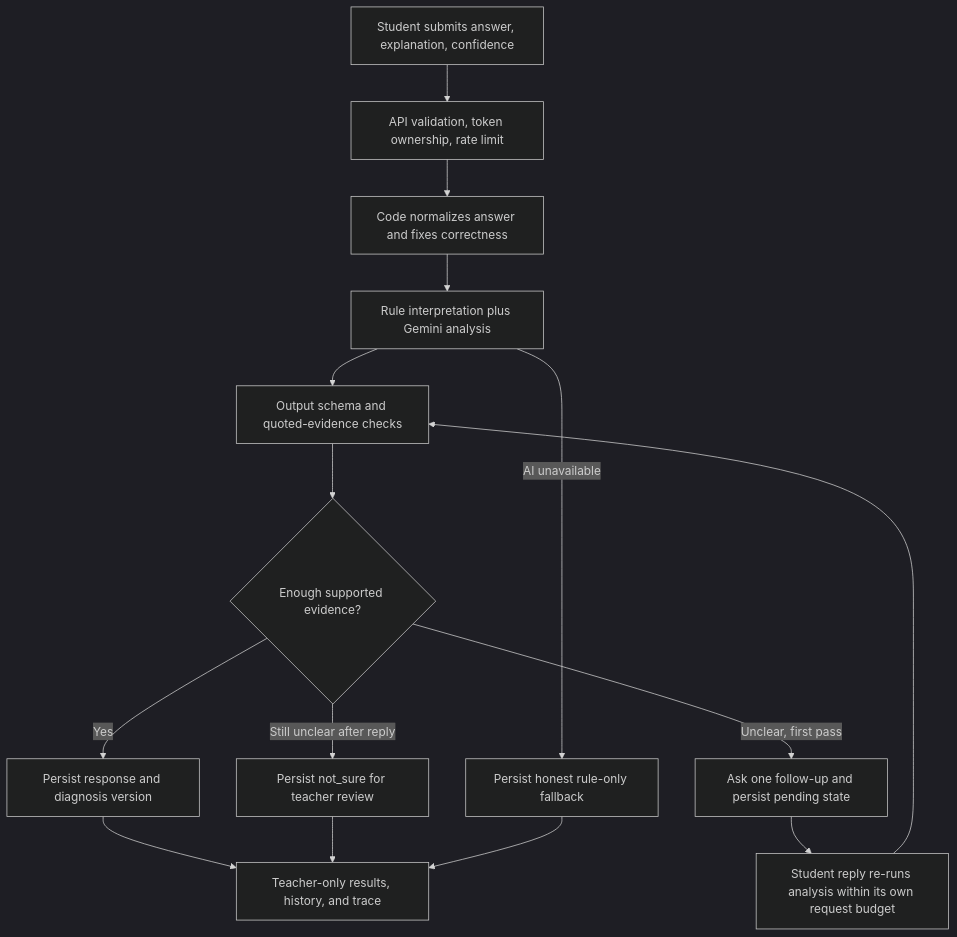
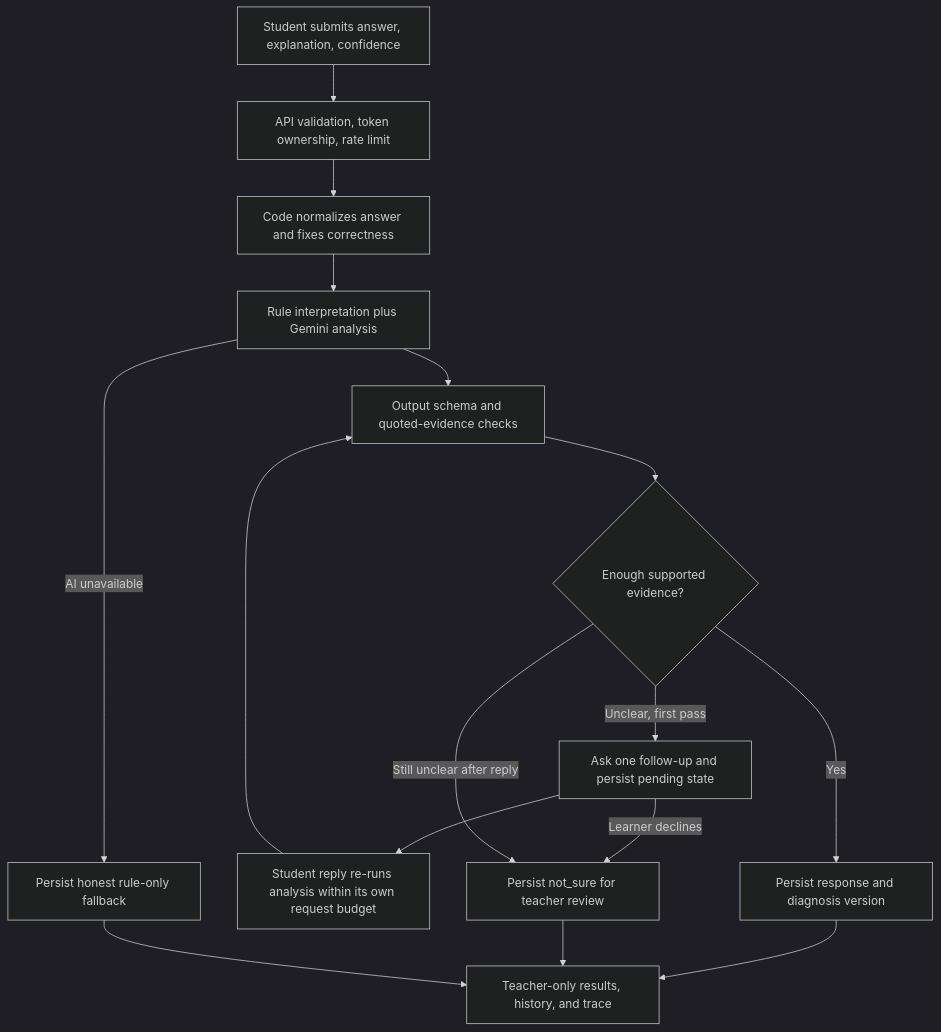
Before and after one commit to madhavthesiya/Team-MMS: the diagram in docs/architecture.md, drawn with Mermaid (dark theme). The commit also changed other lines of this file and 28 other files, not shown here.

````diff
--- a/docs/architecture.md
+++ b/docs/architecture.md
@@ -25,17 +26,18 @@
 ```mermaid
 flowchart TD
     A[Student submits answer, explanation, confidence] --> B[API validation, token ownership, rate limit]
     B --> C[Code normalizes answer and fixes correctness]
     C --> D[Rule interpretation plus Gemini analysis]
     D --> E[Output schema and quoted-evidence checks]
     E --> F{Enough supported evidence?}
     F -->|Yes| G[Persist response and diagnosis version]
     F -->|Unclear, first pass| H[Ask one follow-up and persist pending state]
     H --> I[Student reply re-runs analysis within its own request budget]
+    H -->|Learner declines| J
     I --> E
     F -->|Still unclear after reply| J[Persist not_sure for teacher review]
     D -->|AI unavailable| K[Persist honest rule-only fallback]
     G --> L[Teacher-only results, history, and trace]
     J --> L
     K --> L
 ```
````
